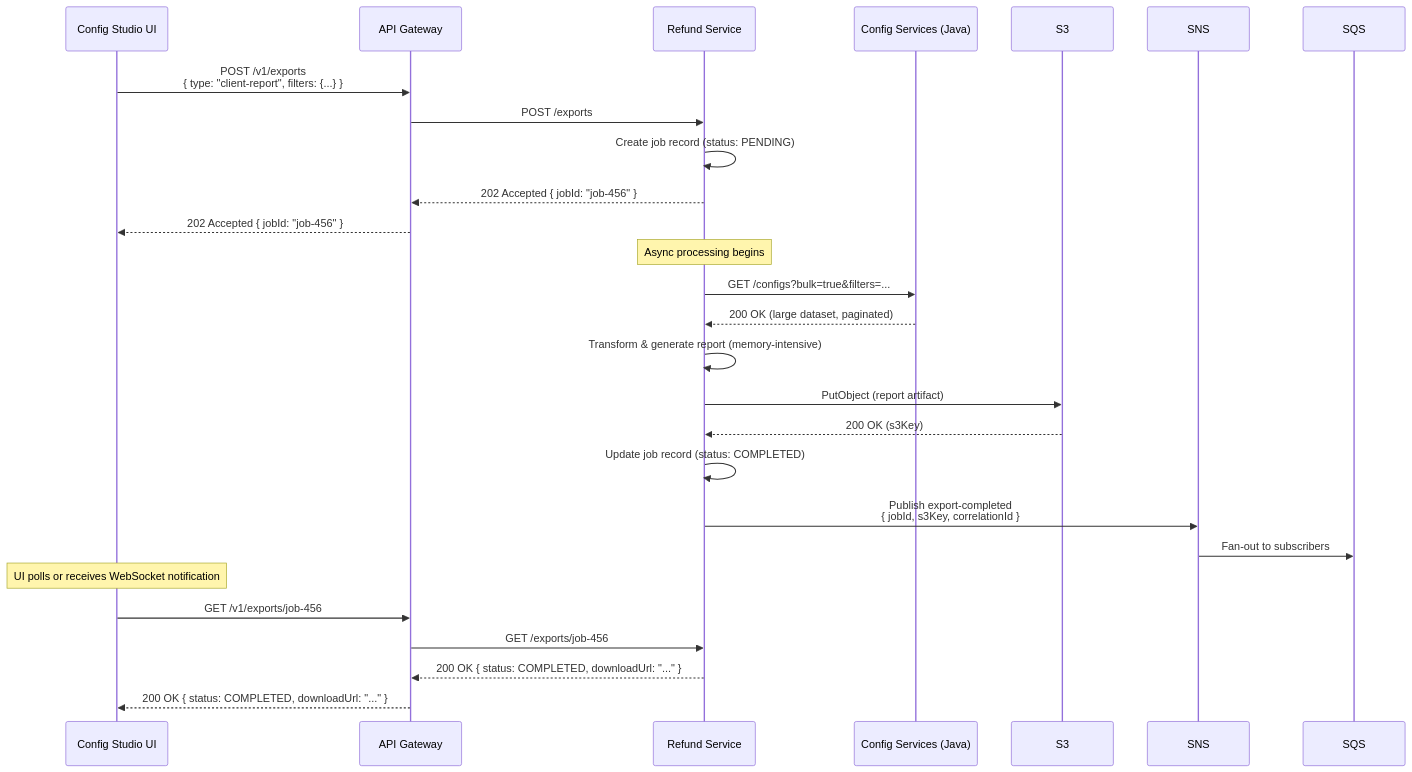
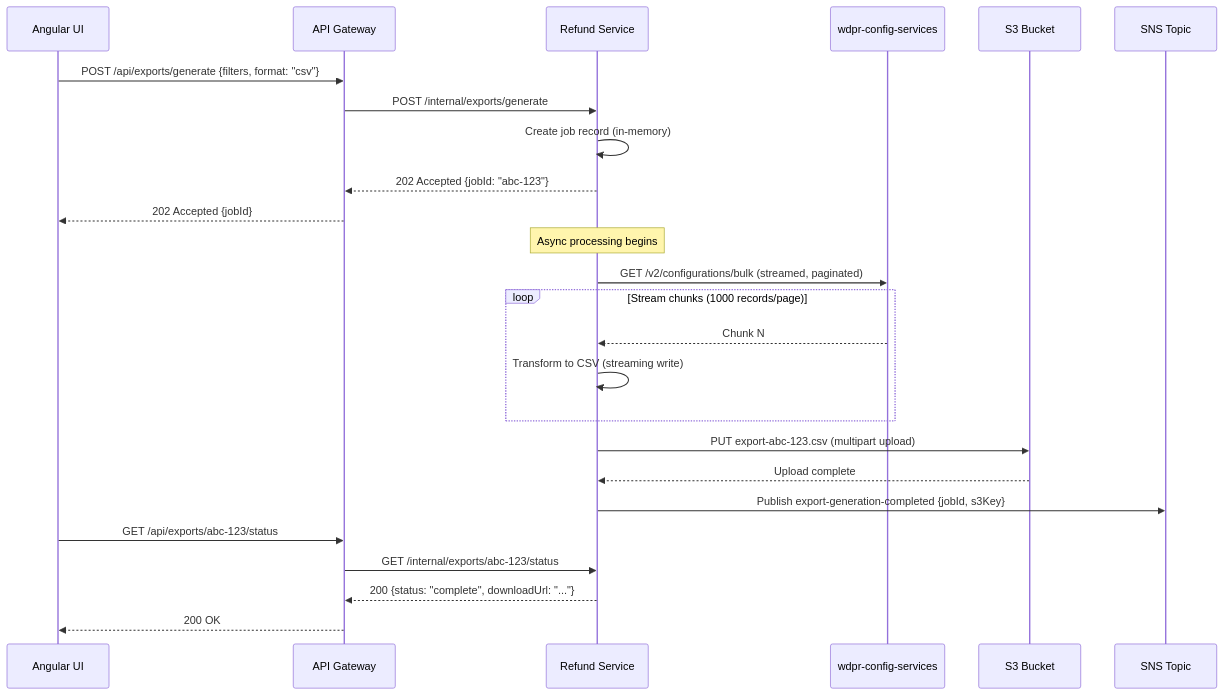
One commit to rsanchez-disney/steer-runtime changed the seventh of 9 diagrams in tests/orchestration/architecture_spec_agent.md. Above: the diagram before and after it, drawn with Mermaid. The commit also changed other lines of this file and 2 other files, not shown here.

````diff
--- a/tests/orchestration/architecture_spec_agent.md
+++ b/tests/orchestration/architecture_spec_agent.md
@@ -348,34 +274,31 @@
 ```mermaid
 sequenceDiagram
-    participant UI as Config Studio UI
+    participant Client as Angular UI
     participant GW as API Gateway
     participant RS as Refund Service
-    participant CS as Config Services (Java)
-    participant S3 as S3
-    participant SNS as SNS
-    participant SQS as SQS
+    participant BE as wdpr-config-services
+    participant S3 as S3 Bucket
+    participant SNS as SNS Topic
 
-    UI->>GW: POST /v1/exports<br/>{ type: "client-report", filters: {...} }
-    GW->>RS: POST /exports
-    RS->>RS: Create job record (status: PENDING)
-    RS-->>GW: 202 Accepted { jobId: "job-456" }
-    GW-->>UI: 202 Accepted { jobId: "job-456" }
+    Client->>GW: POST /api/exports/generate {filters, format: "csv"}
+    GW->>RS: POST /internal/exports/generate
+    RS->>RS: Create job record (in-memory)
+    RS-->>GW: 202 Accepted {jobId: "abc-123"}
+    GW-->>Client: 202 Accepted {jobId}
 
     Note over RS: Async processing begins
+    RS->>BE: GET /v2/configurations/bulk (streamed, paginated)
+    loop Stream chunks (1000 records/page)
+        BE-->>RS: Chunk N
+        RS->>RS: Transform to CSV (streaming write)
+    end
+    RS->>S3: PUT export-abc-123.csv (multipart upload)
+    S3-->>RS: Upload complete
 
-    RS->>CS: GET /configs?bulk=true&filters=...
-    CS-->>RS: 200 OK (large dataset, paginated)
-    RS->>RS: Transform & generate report (memory-intensive)
-    RS->>S3: PutObject (report artifact)
-    S3-->>RS: 200 OK (s3Key)
-    RS->>RS: Update job record (status: COMPLETED)
-    RS->>SNS: Publish export-completed<br/>{ jobId, s3Key, correlationId }
-    SNS->>SQS: Fan-out to subscribers
+    RS->>SNS: Publish export-generation-completed {jobId, s3Key}
 
-    Note over UI: UI polls or receives WebSocket notification
-
-    UI->>GW: GET /v1/exports/job-456
-    GW->>RS: GET /exports/job-456
-    RS-->>GW: 200 OK { status: COMPLETED, downloadUrl: "..." }
-    GW-->>UI: 200 OK { status: COMPLETED, downloadUrl: "..." }
+    Client->>GW: GET /api/exports/abc-123/status
+    GW->>RS: GET /internal/exports/abc-123/status
+    RS-->>GW: 200 {status: "complete", downloadUrl: "..."}
+    GW-->>Client: 200 OK
 ```
````
